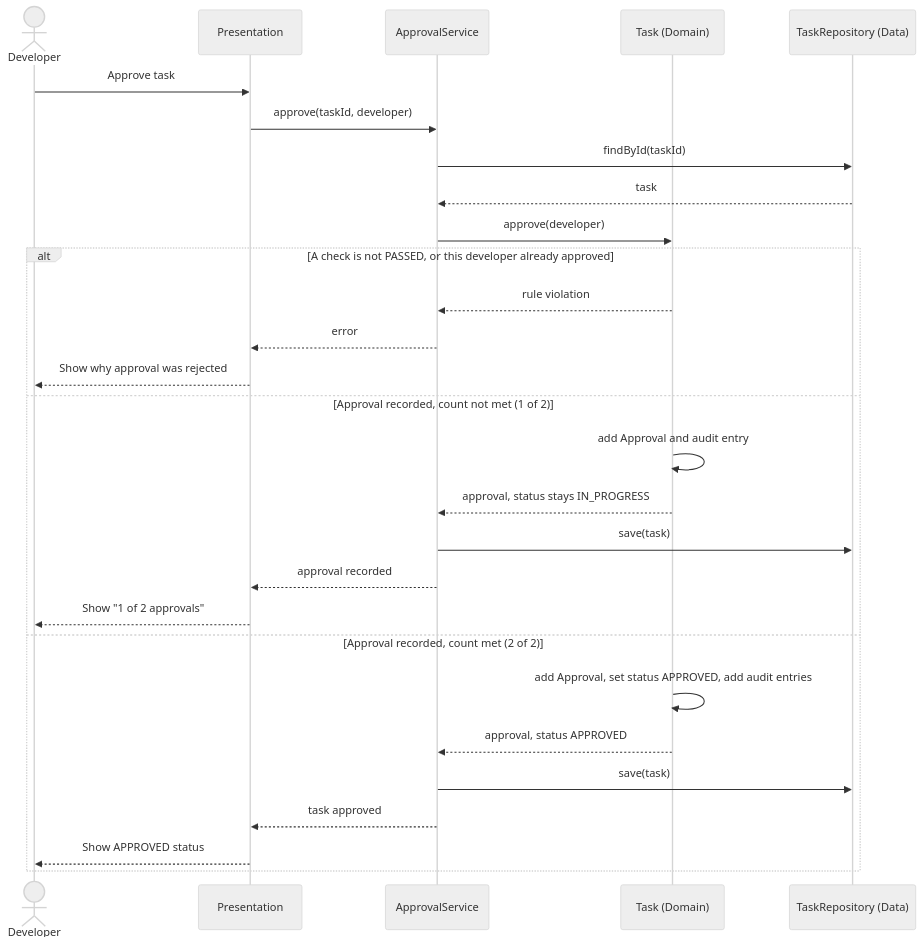
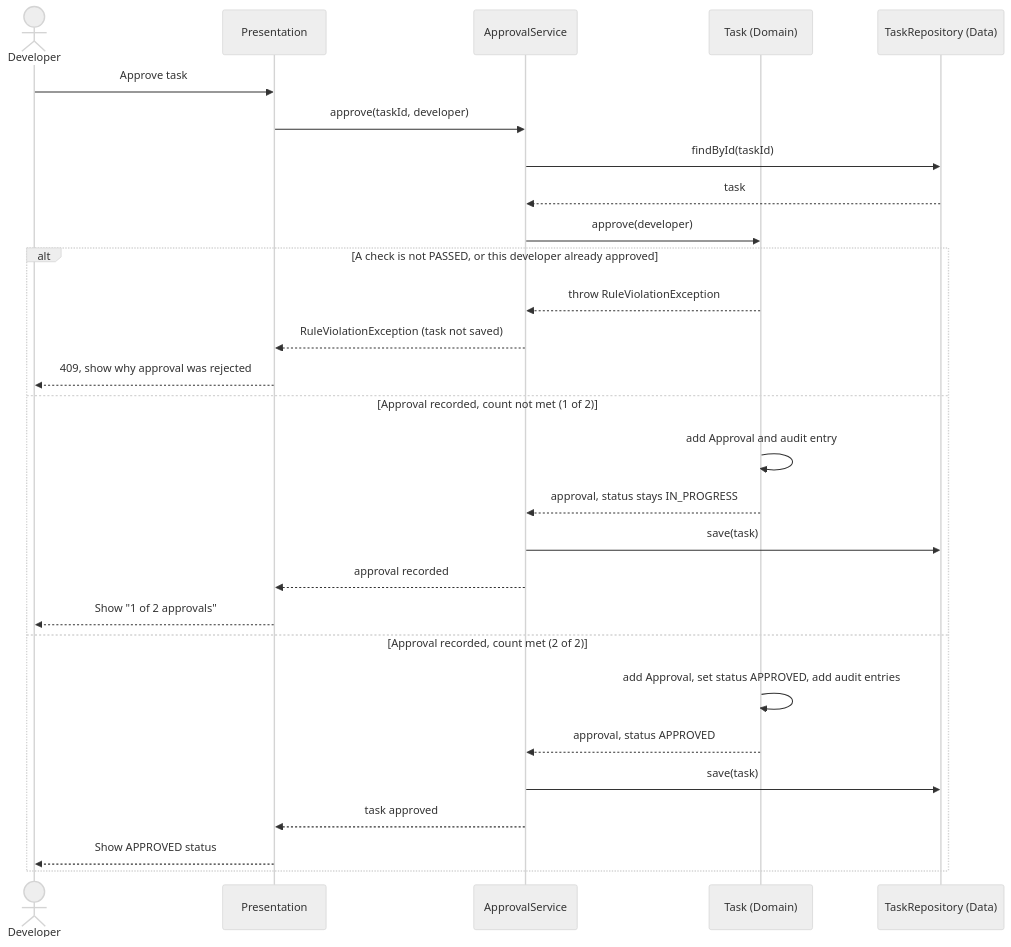
Before and after one commit to ASantana0924/cen5064-project-santana: the fourth of 4 diagrams in README.md, drawn with Mermaid (neutral theme). The commit also changed other lines of this file and 15 other files, not shown here.

First line of the commit message:
Report rule violations with RuleViolationException

````diff
--- a/README.md
+++ b/README.md
@@ -375,32 +382,32 @@
 ```mermaid
 sequenceDiagram
     actor Developer
     participant UI as Presentation
     participant Service as ApprovalService
     participant Domain as Task (Domain)
     participant Data as TaskRepository (Data)
 
     Developer->>UI: Approve task
     UI->>Service: approve(taskId, developer)
     Service->>Data: findById(taskId)
     Data-->>Service: task
     Service->>Domain: approve(developer)
 
     alt A check is not PASSED, or this developer already approved
-        Domain-->>Service: rule violation
-        Service-->>UI: error
-        UI-->>Developer: Show why approval was rejected
+        Domain-->>Service: throw RuleViolationException
+        Service-->>UI: RuleViolationException (task not saved)
+        UI-->>Developer: 409, show why approval was rejected
     else Approval recorded, count not met (1 of 2)
         Domain->>Domain: add Approval and audit entry
         Domain-->>Service: approval, status stays IN_PROGRESS
         Service->>Data: save(task)
         Service-->>UI: approval recorded
         UI-->>Developer: Show "1 of 2 approvals"
     else Approval recorded, count met (2 of 2)
         Domain->>Domain: add Approval, set status APPROVED, add audit entries
         Domain-->>Service: approval, status APPROVED
         Service->>Data: save(task)
         Service-->>UI: task approved
         UI-->>Developer: Show APPROVED status
     end
 ```
````
